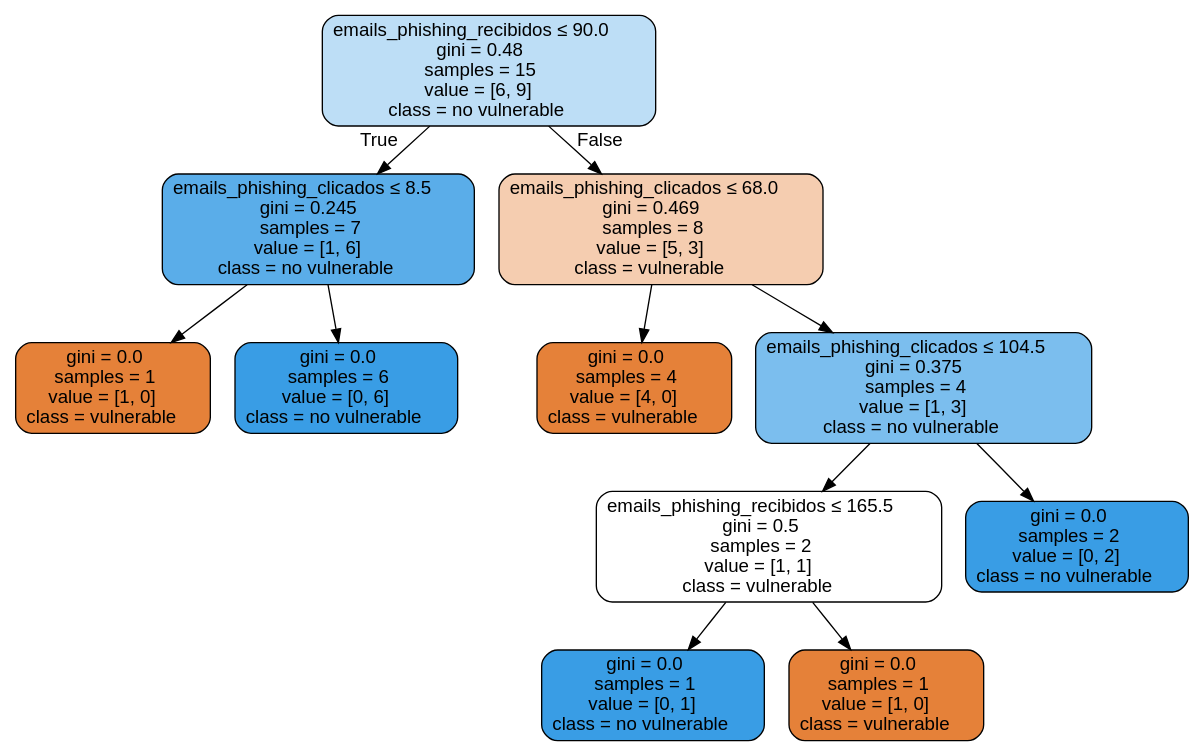
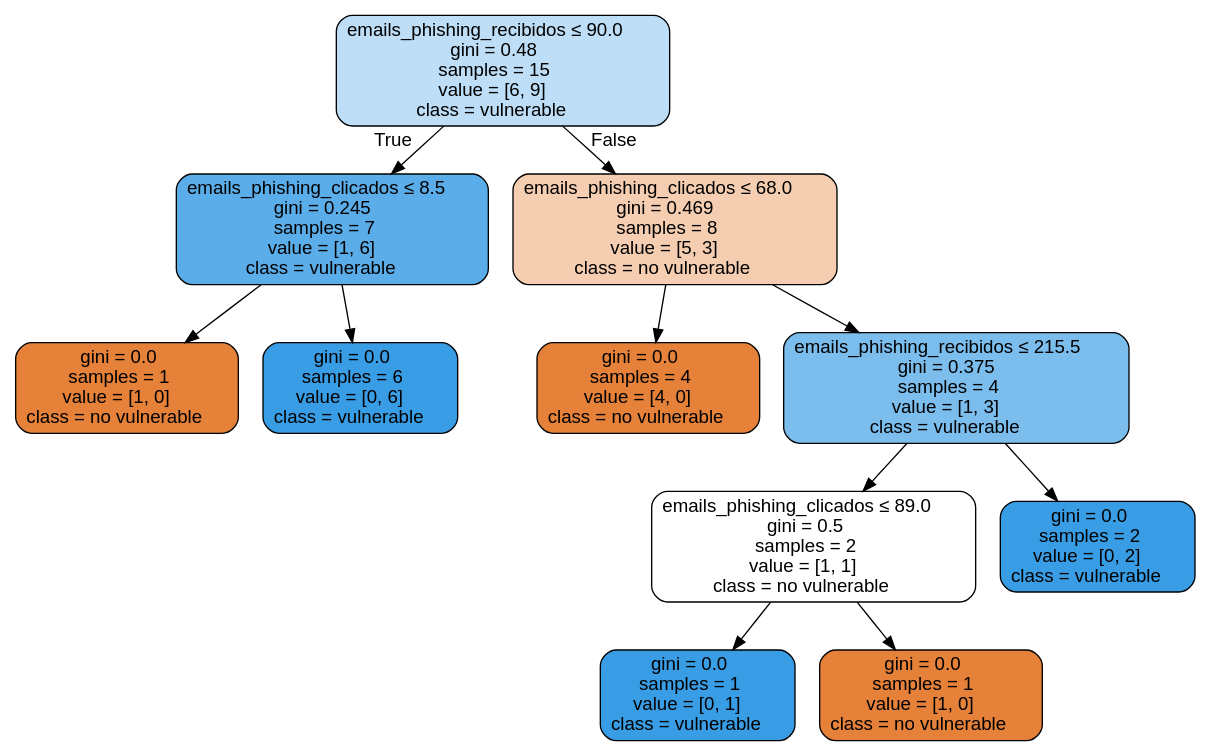
Before and after one commit to RubenJuzgado/SI-FGGRJSJ: the diagram in IA/Usuarios_Criticos.gv, drawn with Graphviz. The commit also changed 13 other files, not shown here.

```diff
--- a/IA/Usuarios_Criticos.gv
+++ b/IA/Usuarios_Criticos.gv
@@ -1,25 +1,25 @@
 digraph Tree {
 node [shape=box, style="filled, rounded", color="black", fontname="helvetica"] ;
 edge [fontname="helvetica"] ;
-0 [label=<emails_phishing_recibidos &le; 90.0<br/>gini = 0.48<br/>samples = 15<br/>value = [6, 9]<br/>class = no vulnerable>, fillcolor="#bddef6"] ;
-1 [label=<emails_phishing_clicados &le; 8.5<br/>gini = 0.245<br/>samples = 7<br/>value = [1, 6]<br/>class = no vulnerable>, fillcolor="#5aade9"] ;
+0 [label=<emails_phishing_recibidos &le; 90.0<br/>gini = 0.48<br/>samples = 15<br/>value = [6, 9]<br/>class = vulnerable>, fillcolor="#bddef6"] ;
+1 [label=<emails_phishing_clicados &le; 8.5<br/>gini = 0.245<br/>samples = 7<br/>value = [1, 6]<br/>class = vulnerable>, fillcolor="#5aade9"] ;
 0 -> 1 [labeldistance=2.5, labelangle=45, headlabel="True"] ;
-2 [label=<gini = 0.0<br/>samples = 1<br/>value = [1, 0]<br/>class = vulnerable>, fillcolor="#e58139"] ;
+2 [label=<gini = 0.0<br/>samples = 1<br/>value = [1, 0]<br/>class = no vulnerable>, fillcolor="#e58139"] ;
 1 -> 2 ;
-3 [label=<gini = 0.0<br/>samples = 6<br/>value = [0, 6]<br/>class = no vulnerable>, fillcolor="#399de5"] ;
+3 [label=<gini = 0.0<br/>samples = 6<br/>value = [0, 6]<br/>class = vulnerable>, fillcolor="#399de5"] ;
 1 -> 3 ;
-4 [label=<emails_phishing_clicados &le; 68.0<br/>gini = 0.469<br/>samples = 8<br/>value = [5, 3]<br/>class = vulnerable>, fillcolor="#f5cdb0"] ;
+4 [label=<emails_phishing_clicados &le; 68.0<br/>gini = 0.469<br/>samples = 8<br/>value = [5, 3]<br/>class = no vulnerable>, fillcolor="#f5cdb0"] ;
 0 -> 4 [labeldistance=2.5, labelangle=-45, headlabel="False"] ;
-5 [label=<gini = 0.0<br/>samples = 4<br/>value = [4, 0]<br/>class = vulnerable>, fillcolor="#e58139"] ;
+5 [label=<gini = 0.0<br/>samples = 4<br/>value = [4, 0]<br/>class = no vulnerable>, fillcolor="#e58139"] ;
 4 -> 5 ;
-6 [label=<emails_phishing_clicados &le; 104.5<br/>gini = 0.375<br/>samples = 4<br/>value = [1, 3]<br/>class = no vulnerable>, fillcolor="#7bbeee"] ;
+6 [label=<emails_phishing_recibidos &le; 215.5<br/>gini = 0.375<br/>samples = 4<br/>value = [1, 3]<br/>class = vulnerable>, fillcolor="#7bbeee"] ;
 4 -> 6 ;
-7 [label=<emails_phishing_recibidos &le; 165.5<br/>gini = 0.5<br/>samples = 2<br/>value = [1, 1]<br/>class = vulnerable>, fillcolor="#ffffff"] ;
+7 [label=<emails_phishing_clicados &le; 89.0<br/>gini = 0.5<br/>samples = 2<br/>value = [1, 1]<br/>class = no vulnerable>, fillcolor="#ffffff"] ;
 6 -> 7 ;
-8 [label=<gini = 0.0<br/>samples = 1<br/>value = [0, 1]<br/>class = no vulnerable>, fillcolor="#399de5"] ;
+8 [label=<gini = 0.0<br/>samples = 1<br/>value = [0, 1]<br/>class = vulnerable>, fillcolor="#399de5"] ;
 7 -> 8 ;
-9 [label=<gini = 0.0<br/>samples = 1<br/>value = [1, 0]<br/>class = vulnerable>, fillcolor="#e58139"] ;
+9 [label=<gini = 0.0<br/>samples = 1<br/>value = [1, 0]<br/>class = no vulnerable>, fillcolor="#e58139"] ;
 7 -> 9 ;
-10 [label=<gini = 0.0<br/>samples = 2<br/>value = [0, 2]<br/>class = no vulnerable>, fillcolor="#399de5"] ;
+10 [label=<gini = 0.0<br/>samples = 2<br/>value = [0, 2]<br/>class = vulnerable>, fillcolor="#399de5"] ;
 6 -> 10 ;
 }
```
